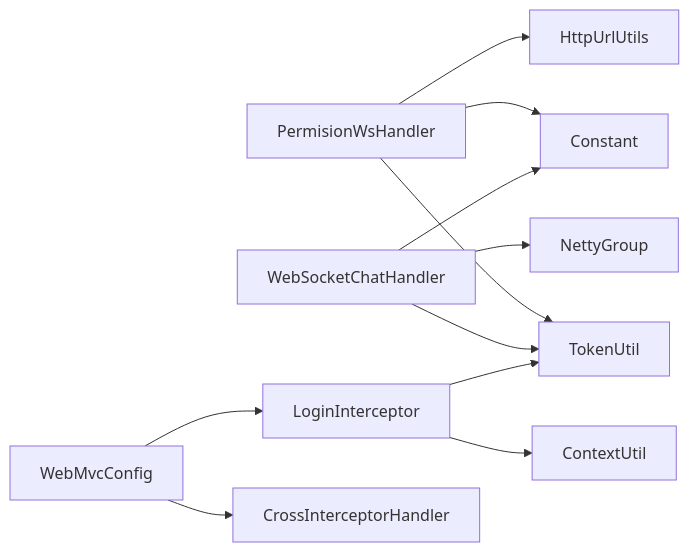
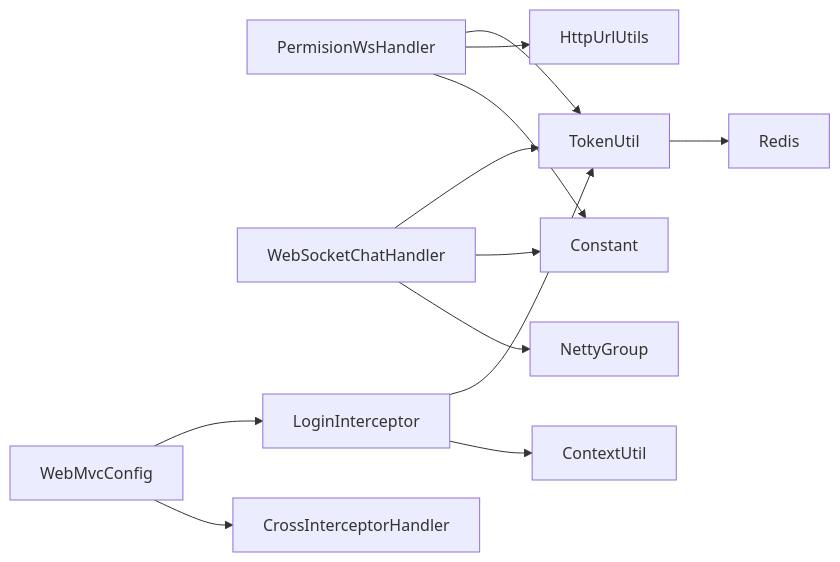
One commit to liftp/chat_simple changed the seventh of 7 diagrams in .qoder/repowiki/zh/content/WebSocket实时通信/权限验证与安全.md. Above: the diagram before and after it, drawn with Mermaid. The commit also changed other lines of this file and 6 other files, not shown here.

````diff
--- a/.qoder/repowiki/zh/content/WebSocket实时通信/权限验证与安全.md
+++ b/.qoder/repowiki/zh/content/WebSocket实时通信/权限验证与安全.md
@@ -329,13 +381,14 @@
 ```mermaid
 graph LR
 PWH["PermisionWsHandler"] --> TU["TokenUtil"]
 PWH --> HTU["HttpUrlUtils"]
 PWH --> CST["Constant"]
 WSH["WebSocketChatHandler"] --> TU
 WSH --> CST
 WSH --> NG["NettyGroup"]
 LI["LoginInterceptor"] --> TU
 LI --> CTX["ContextUtil"]
 MVC["WebMvcConfig"] --> LI
 MVC --> CIH["CrossInterceptorHandler"]
+TU --> Redis["Redis"]
 ```
````
